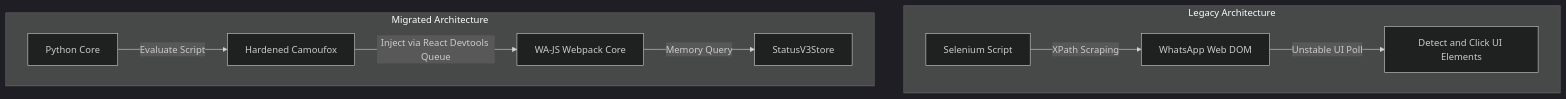
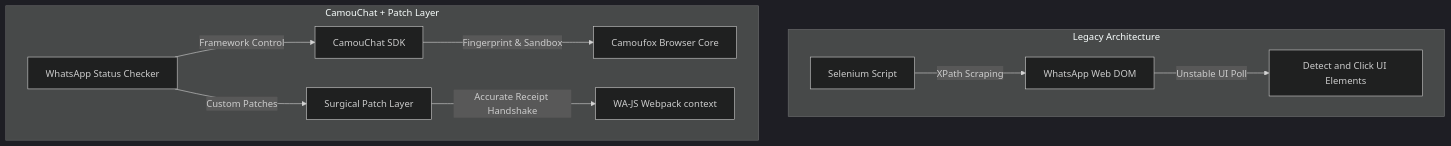
One commit to KrAsH-CoD3/WhatsApp-Status-Checker changed the diagram in MIGRATION.md. Above: the diagram before and after it, drawn with Mermaid (dark theme). The commit also changed other lines of this file and 3 other files, not shown here.

First line of the commit message:
refactor(docs): align architecture with CamouChat-WhatsApp SDK

````diff
--- a/MIGRATION.md
+++ b/MIGRATION.md
@@ -16,13 +16,14 @@
 ```mermaid
 graph TD
     subgraph Legacy Architecture
         A[Selenium Script] -->|XPath Scraping| B[WhatsApp Web DOM]
         B -->|Unstable UI Poll| C[Detect and Click UI Elements]
     end
 
-    subgraph Migrated Architecture
-        D[Python Core] -->|Evaluate Script| E[Hardened Camoufox]
-        E -->|Inject via React Devtools Queue| F[WA-JS Webpack Core]
-        F -->|Memory Query| G[StatusV3Store]
+    subgraph CamouChat + Patch Layer
+        D[WhatsApp Status Checker] -->|Framework Control| E[CamouChat SDK]
+        E -->|Fingerprint & Sandbox| F[Camoufox Browser Core]
+        D -->|Custom Patches| G[Surgical Patch Layer]
+        G -->|Accurate Receipt Handshake| H[WA-JS Webpack context]
     end
 ```
````
